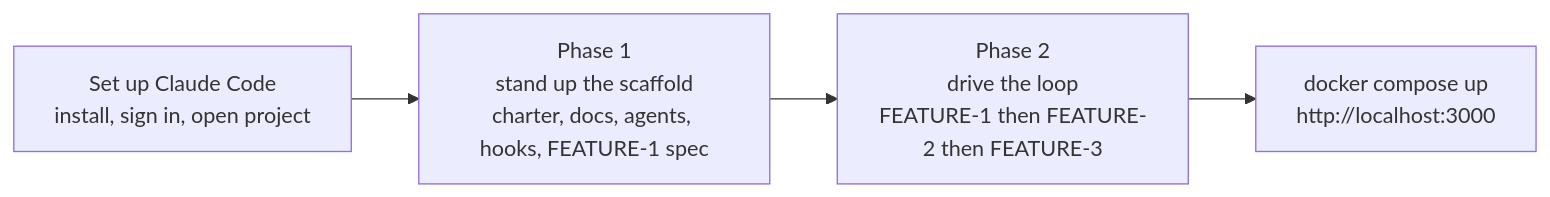
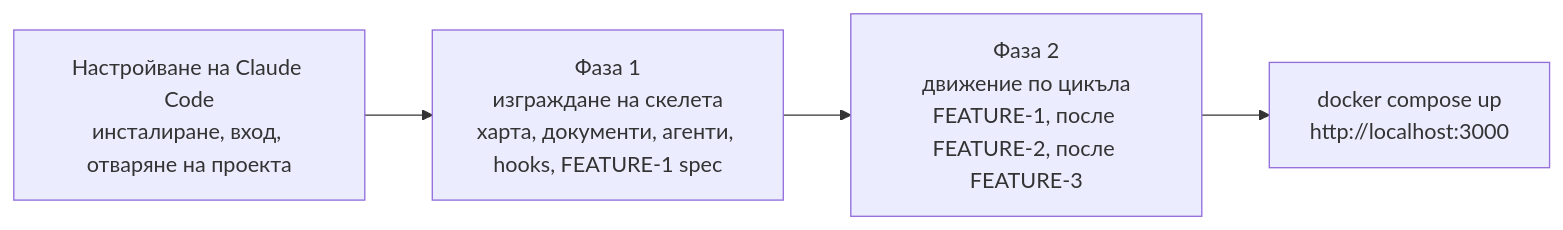
The first of 2 diagrams in 04-ai-assisted-sdlc/03-worked-examples/code/rails-estore/README.md (b1ck0/ds_ml_ai_starter), drawn with Mermaid before and after one commit. The commit also changed other lines of this file and 1 other file, not shown here.

````diff
--- a/04-ai-assisted-sdlc/03-worked-examples/code/rails-estore/README.md
+++ b/04-ai-assisted-sdlc/03-worked-examples/code/rails-estore/README.md
@@ -242,6 +250,6 @@
 ```mermaid
 flowchart LR
-    SETUP["Set up Claude Code<br/>install, sign in, open project"] --> P1["Phase 1<br/>stand up the scaffold<br/>charter, docs, agents, hooks, FEATURE-1 spec"]
-    P1 --> P2["Phase 2<br/>drive the loop<br/>FEATURE-1 then FEATURE-2 then FEATURE-3"]
+    SETUP["Настройване на Claude Code<br/>инсталиране, вход, отваряне на проекта"] --> P1["Фаза 1<br/>изграждане на скелета<br/>харта, документи, агенти, hooks, FEATURE-1 spec"]
+    P1 --> P2["Фаза 2<br/>движение по цикъла<br/>FEATURE-1, после FEATURE-2, после FEATURE-3"]
     P2 --> RUN["docker compose up<br/>http://localhost:3000"]
 ```
````
